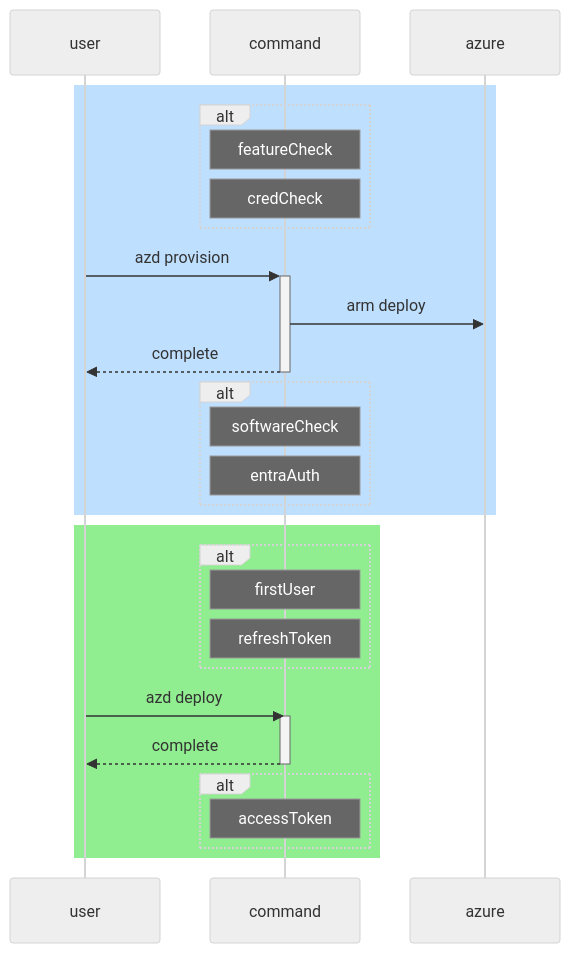
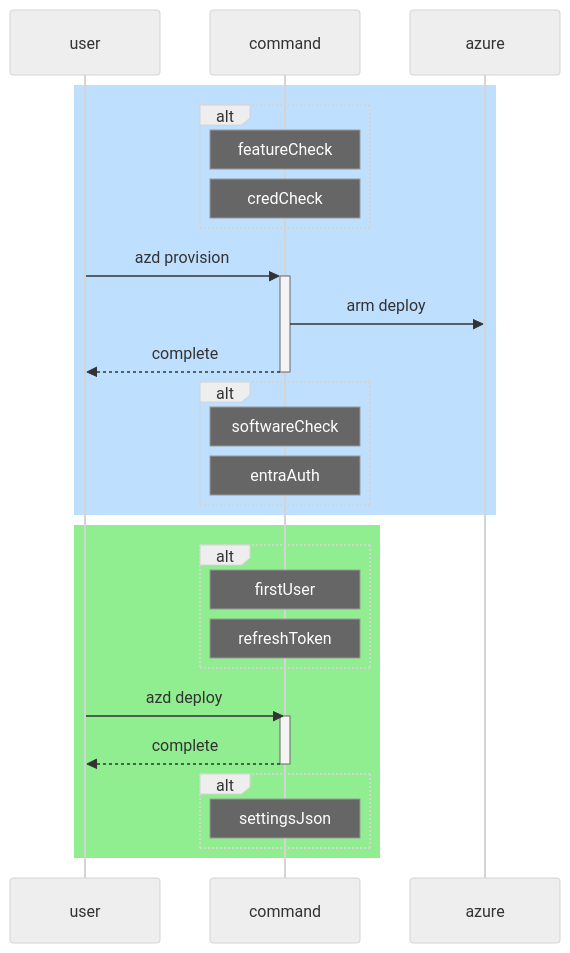
One commit to Azure/osdu-developer changed the diagram in README.md. Above: the diagram before and after it, drawn with Mermaid (neutral theme). The commit also changed 4 other files, not shown here.

````diff
--- a/README.md
+++ b/README.md
@@ -232,36 +232,35 @@
 ```mermaid 
 sequenceDiagram
     participant Azd as user
     participant Provision as command
     participant Azure as azure
 
 
     rect rgb(191, 223, 255)
     alt 
     Note over Provision: featureCheck
     Note over Provision: credCheck
     end
     Azd->>+Provision: azd provision 
     Provision->>Azure: arm deploy
     Provision-->>-Azd: complete
     alt 
     Note over Provision: softwareCheck
     Note over Provision: entraAuth
     end
     end
     
     rect rgb(144,238,144)
     alt 
     Note over Provision: firstUser
     Note over Provision: refreshToken
     end
     Azd->>Provision: azd deploy
     activate Provision
     Provision-->>Azd: complete
     deactivate Provision
     alt 
-
-    Note over Provision: accessToken
+    Note over Provision: settingsJson
     end
     end
 ```
````
